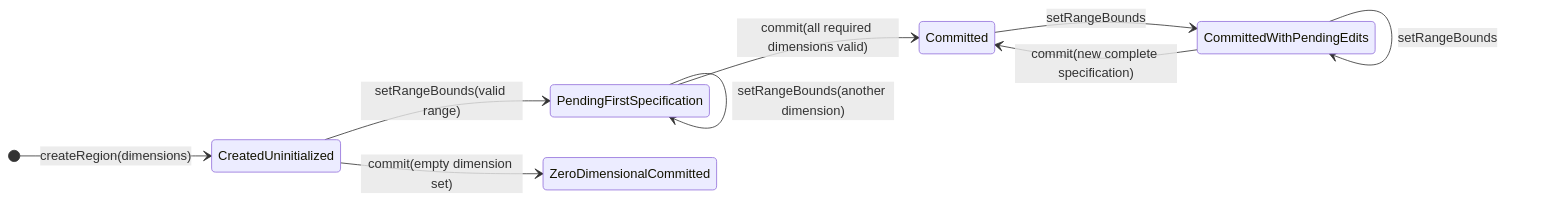
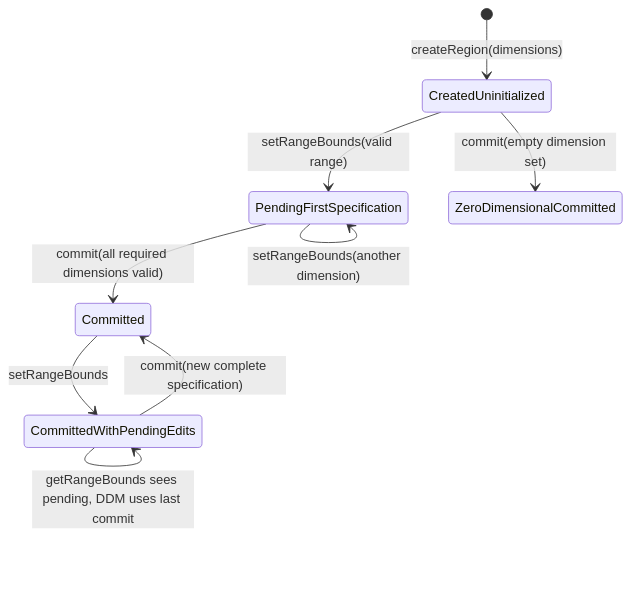
One commit to sheepfling/umbra changed the eighth of 20 diagrams in docs/design/HLA-2025-DATA-DISTRIBUTION-AND-REGIONS-FLOW-GUIDE.md. Above: the diagram before and after it, drawn with Mermaid. The commit also changed other lines of this file and 822 other files, not shown here.

````diff
--- a/docs/design/HLA-2025-DATA-DISTRIBUTION-AND-REGIONS-FLOW-GUIDE.md
+++ b/docs/design/HLA-2025-DATA-DISTRIBUTION-AND-REGIONS-FLOW-GUIDE.md
@@ -60,12 +652,13 @@
 ```mermaid
 stateDiagram-v2
-  direction LR
+  direction TB
   [*] --> CreatedUninitialized: createRegion(dimensions)
   CreatedUninitialized --> PendingFirstSpecification: setRangeBounds(valid range)
   PendingFirstSpecification --> PendingFirstSpecification: setRangeBounds(another dimension)
   PendingFirstSpecification --> Committed: commit(all required dimensions valid)
   CreatedUninitialized --> ZeroDimensionalCommitted: commit(empty dimension set)
   Committed --> CommittedWithPendingEdits: setRangeBounds
   CommittedWithPendingEdits --> CommittedWithPendingEdits: setRangeBounds
+  CommittedWithPendingEdits --> CommittedWithPendingEdits: getRangeBounds sees pending, DDM uses last commit
   CommittedWithPendingEdits --> Committed: commit(new complete specification)
 ```
````
